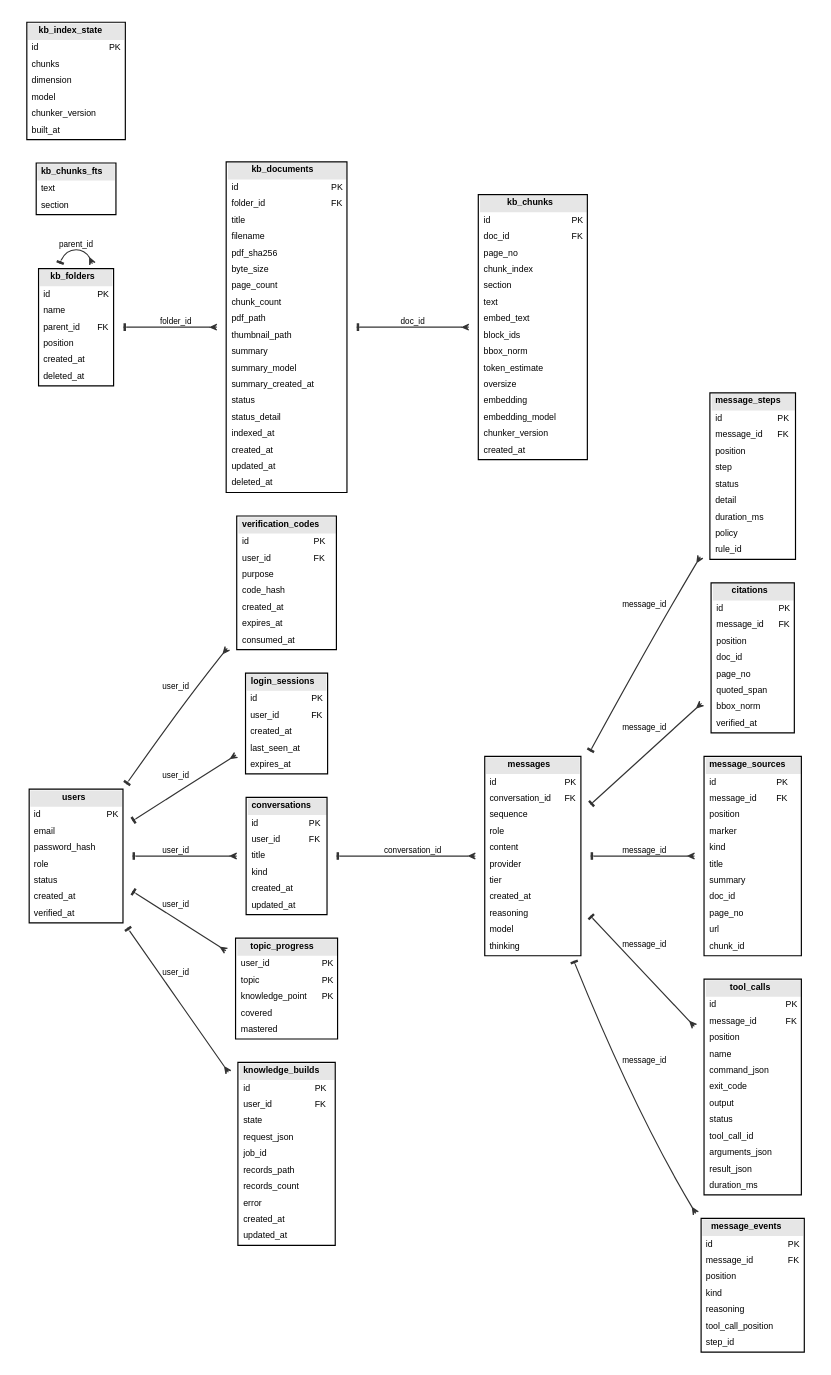
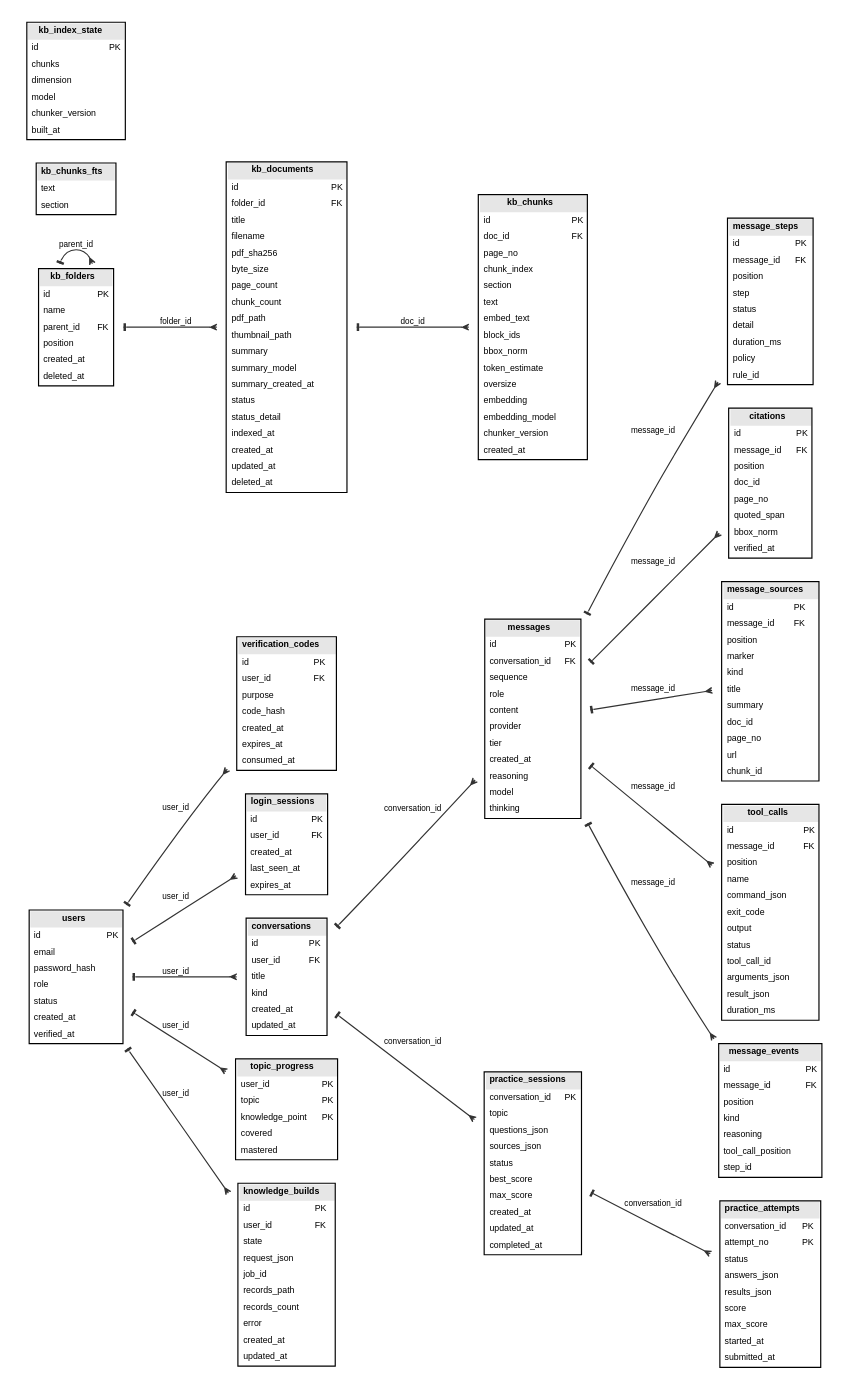
The diagram in docs/figures/physical-db.dot (Kane-LI-0114/verifiable-tutor), drawn with Graphviz before and after one commit. The commit also changed 6 other files, not shown here.

Commit message:
feat(storage): persist practice sessions and attempts

```diff
--- a/docs/figures/physical-db.dot
+++ b/docs/figures/physical-db.dot
@@ -127,6 +127,31 @@
       <TR><TD ALIGN="LEFT">covered</TD><TD ALIGN="LEFT"></TD></TR>
       <TR><TD ALIGN="LEFT">mastered</TD><TD ALIGN="LEFT"></TD></TR>
     </TABLE>>];
+  practice_sessions [label=<<TABLE BORDER="1" CELLBORDER="0" CELLSPACING="0" CELLPADDING="3" BGCOLOR="white">
+      <TR><TD BGCOLOR="#e6e6e6" COLSPAN="2"><B>practice_sessions</B></TD></TR>
+      <TR><TD ALIGN="LEFT">conversation_id</TD><TD ALIGN="LEFT">PK</TD></TR>
+      <TR><TD ALIGN="LEFT">topic</TD><TD ALIGN="LEFT"></TD></TR>
+      <TR><TD ALIGN="LEFT">questions_json</TD><TD ALIGN="LEFT"></TD></TR>
+      <TR><TD ALIGN="LEFT">sources_json</TD><TD ALIGN="LEFT"></TD></TR>
+      <TR><TD ALIGN="LEFT">status</TD><TD ALIGN="LEFT"></TD></TR>
+      <TR><TD ALIGN="LEFT">best_score</TD><TD ALIGN="LEFT"></TD></TR>
+      <TR><TD ALIGN="LEFT">max_score</TD><TD ALIGN="LEFT"></TD></TR>
+      <TR><TD ALIGN="LEFT">created_at</TD><TD ALIGN="LEFT"></TD></TR>
+      <TR><TD ALIGN="LEFT">updated_at</TD><TD ALIGN="LEFT"></TD></TR>
+      <TR><TD ALIGN="LEFT">completed_at</TD><TD ALIGN="LEFT"></TD></TR>
+    </TABLE>>];
+  practice_attempts [label=<<TABLE BORDER="1" CELLBORDER="0" CELLSPACING="0" CELLPADDING="3" BGCOLOR="white">
+      <TR><TD BGCOLOR="#e6e6e6" COLSPAN="2"><B>practice_attempts</B></TD></TR>
+      <TR><TD ALIGN="LEFT">conversation_id</TD><TD ALIGN="LEFT">PK</TD></TR>
+      <TR><TD ALIGN="LEFT">attempt_no</TD><TD ALIGN="LEFT">PK</TD></TR>
+      <TR><TD ALIGN="LEFT">status</TD><TD ALIGN="LEFT"></TD></TR>
+      <TR><TD ALIGN="LEFT">answers_json</TD><TD ALIGN="LEFT"></TD></TR>
+      <TR><TD ALIGN="LEFT">results_json</TD><TD ALIGN="LEFT"></TD></TR>
+      <TR><TD ALIGN="LEFT">score</TD><TD ALIGN="LEFT"></TD></TR>
+      <TR><TD ALIGN="LEFT">max_score</TD><TD ALIGN="LEFT"></TD></TR>
+      <TR><TD ALIGN="LEFT">started_at</TD><TD ALIGN="LEFT"></TD></TR>
+      <TR><TD ALIGN="LEFT">submitted_at</TD><TD ALIGN="LEFT"></TD></TR>
+    </TABLE>>];
   knowledge_builds [label=<<TABLE BORDER="1" CELLBORDER="0" CELLSPACING="0" CELLPADDING="3" BGCOLOR="white">
       <TR><TD BGCOLOR="#e6e6e6" COLSPAN="2"><B>knowledge_builds</B></TD></TR>
       <TR><TD ALIGN="LEFT">id</TD><TD ALIGN="LEFT">PK</TD></TR>
@@ -213,6 +238,8 @@
   messages -> tool_calls [label="message_id"];
   messages -> message_events [label="message_id"];
   users -> topic_progress [label="user_id"];
+  conversations -> practice_sessions [label="conversation_id"];
+  practice_sessions -> practice_attempts [label="conversation_id"];
   users -> knowledge_builds [label="user_id"];
   kb_folders -> kb_folders [label="parent_id"];
   kb_folders -> kb_documents [label="folder_id"];
```
